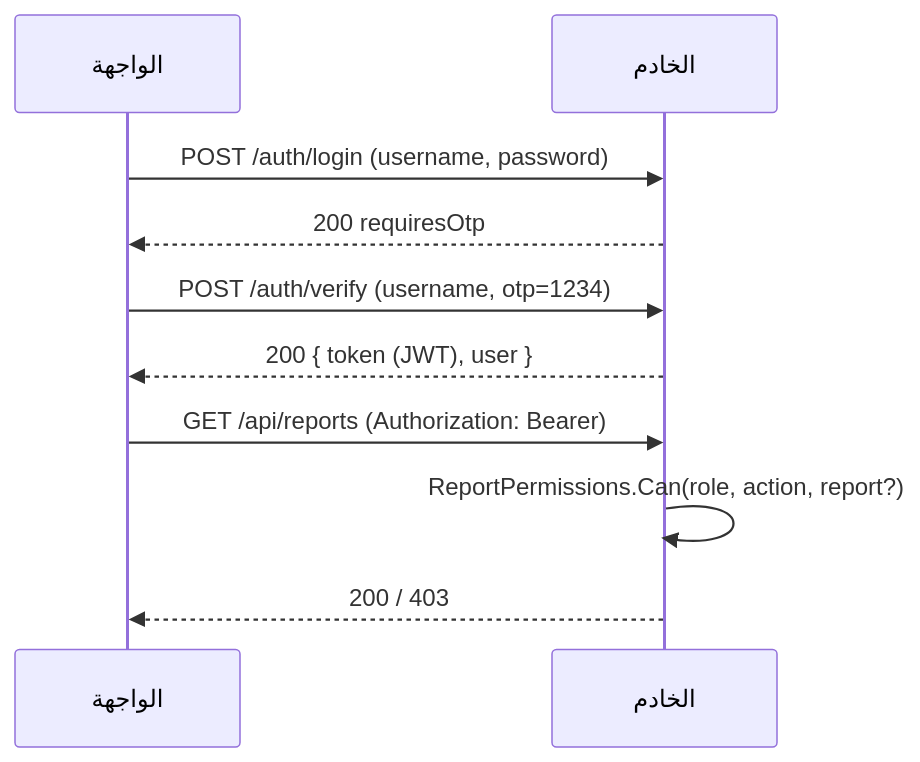
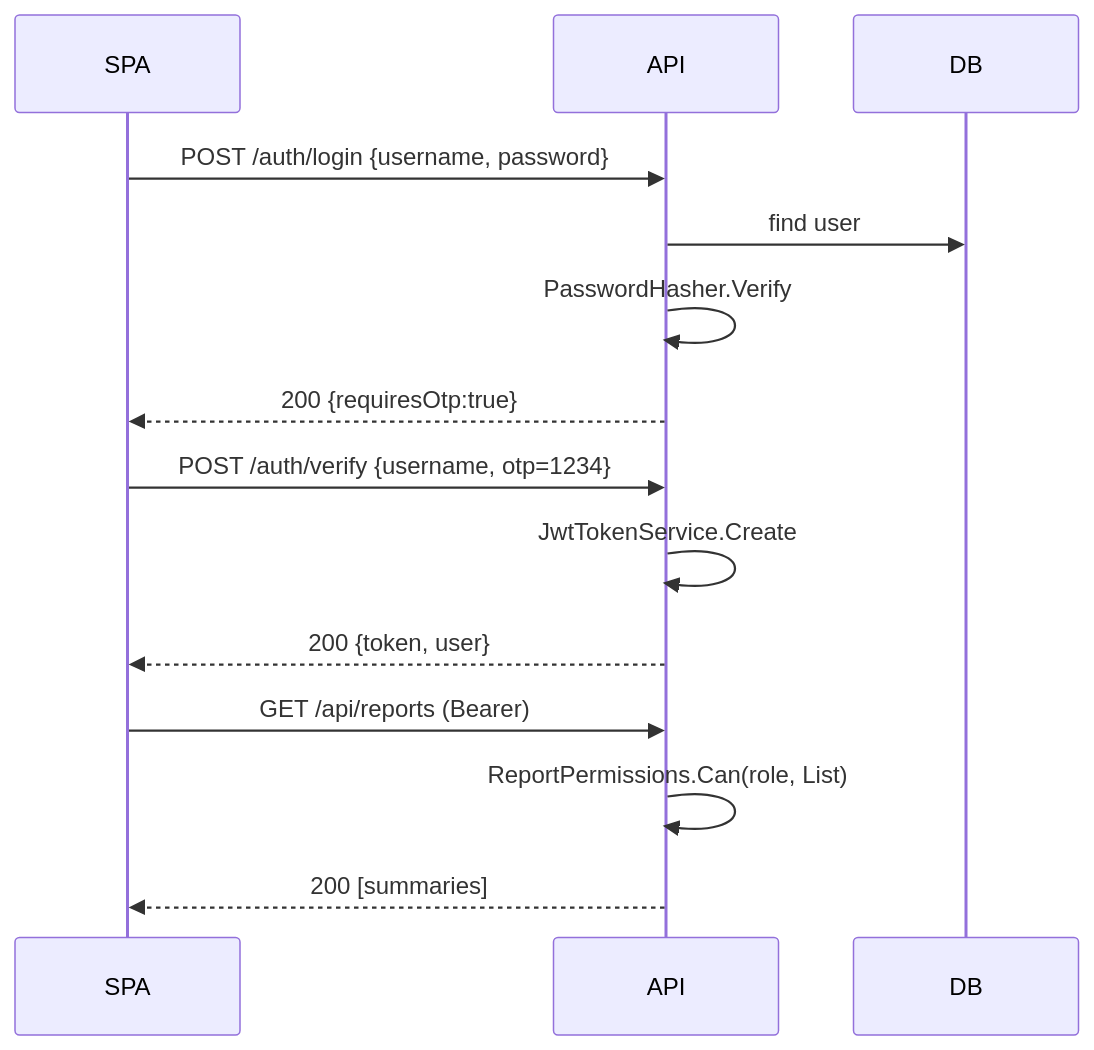
The sixth of 11 diagrams in ARCHITECTURE.md (azizmf1/azizmf1), drawn with Mermaid before and after one commit. The commit also changed other lines of this file, not shown here.

First line of the commit message:
docs: rewrite ARCHITECTURE.md in English, comprehensive (C4, ADRs, NFRs)

````diff
--- a/ARCHITECTURE.md
+++ b/ARCHITECTURE.md
@@ -194,12 +429,16 @@
 ```mermaid
 sequenceDiagram
-  participant FE as الواجهة
-  participant API as الخادم
-  FE->>API: POST /auth/login (username, password)
-  API-->>FE: 200 requiresOtp
-  FE->>API: POST /auth/verify (username, otp=1234)
-  API-->>FE: 200 { token (JWT), user }
-  FE->>API: GET /api/reports (Authorization: Bearer)
-  API->>API: ReportPermissions.Can(role, action, report?)
-  API-->>FE: 200 / 403
+  participant SPA
+  participant API
+  participant DB
+  SPA->>API: POST /auth/login {username, password}
+  API->>DB: find user
+  API->>API: PasswordHasher.Verify
+  API-->>SPA: 200 {requiresOtp:true}
+  SPA->>API: POST /auth/verify {username, otp=1234}
+  API->>API: JwtTokenService.Create
+  API-->>SPA: 200 {token, user}
+  SPA->>API: GET /api/reports (Bearer)
+  API->>API: ReportPermissions.Can(role, List)
+  API-->>SPA: 200 [summaries]
 ```
````
